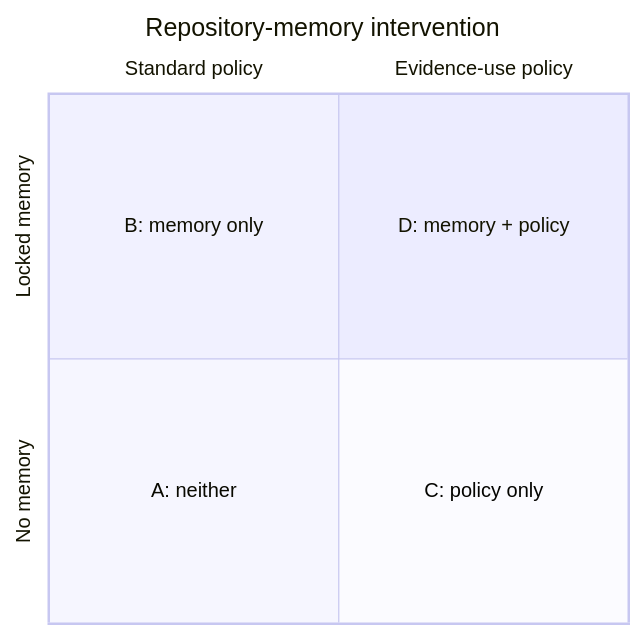
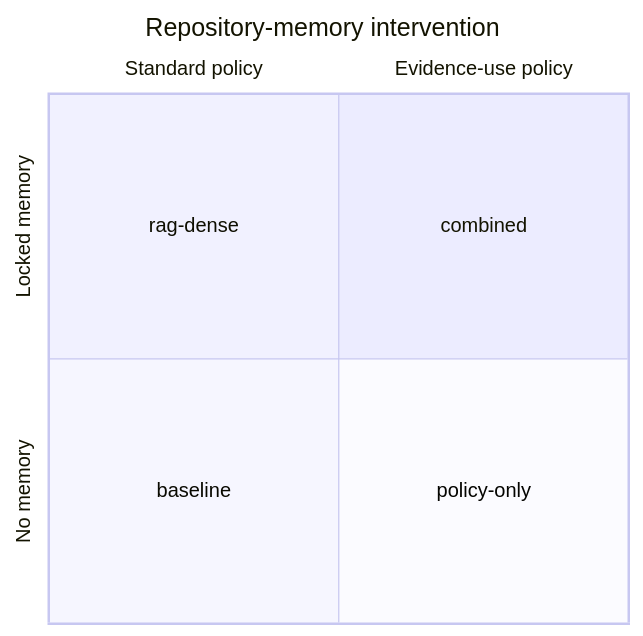
The second of 3 diagrams in docs/articles/fugue-agentic-software-factory/fugue-2b-memory-is-not-context/article.md (ash0ts/fugue), drawn with Mermaid before and after one commit. The commit also changed other lines of this file and 104 other files, not shown here.

````diff
--- a/docs/articles/fugue-agentic-software-factory/fugue-2b-memory-is-not-context/article.md
+++ b/docs/articles/fugue-agentic-software-factory/fugue-2b-memory-is-not-context/article.md
@@ -125,10 +125,10 @@
 ```mermaid
 quadrantChart
     title Repository-memory intervention
     x-axis Standard policy --> Evidence-use policy
     y-axis No memory --> Locked memory
-    quadrant-1 "D: memory + policy"
-    quadrant-2 "B: memory only"
-    quadrant-3 "A: neither"
-    quadrant-4 "C: policy only"
+    quadrant-1 "combined"
+    quadrant-2 "rag-dense"
+    quadrant-3 "baseline"
+    quadrant-4 "policy-only"
 ```
````
